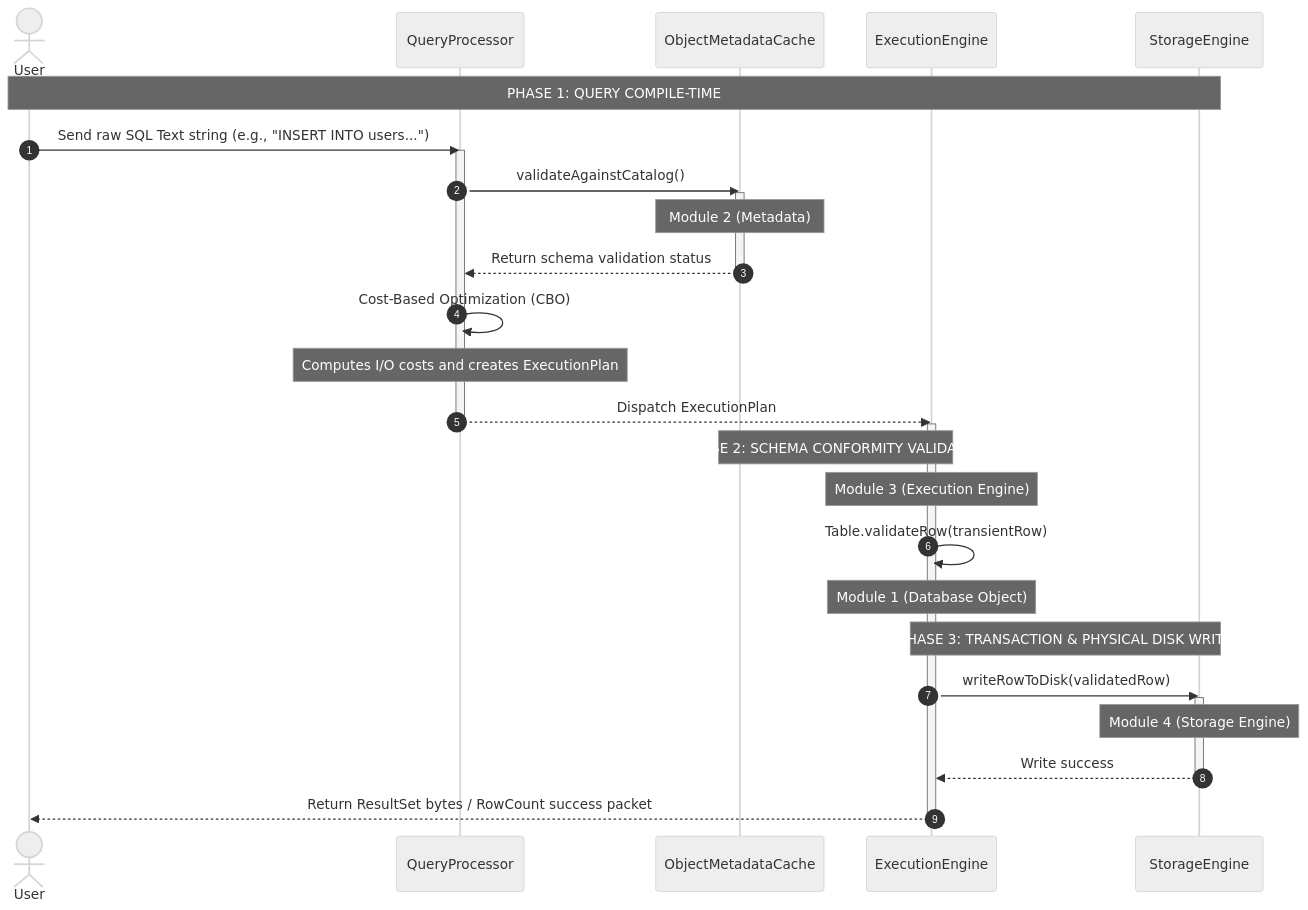
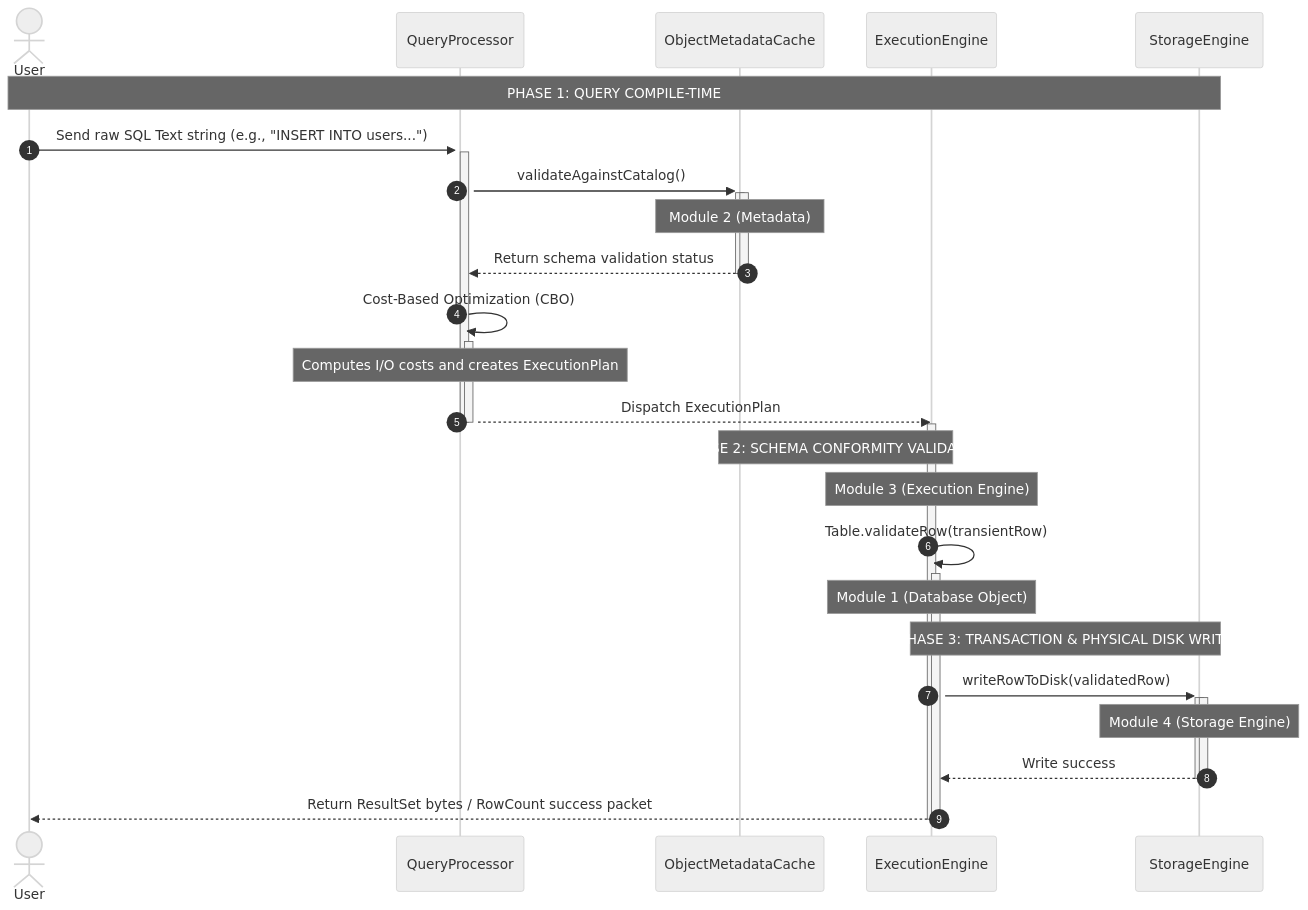
One commit to Dikhang1112/Database_Management_BBV changed the diagram in docs/sequece_diagram/Overview.md. Above: the diagram before and after it, drawn with Mermaid (neutral theme). The commit also changed 12 other files, not shown here.

Commit message:
Refactor sequece diagram

````diff
--- a/docs/sequece_diagram/Overview.md
+++ b/docs/sequece_diagram/Overview.md
@@ -1,56 +1,56 @@
 ```mermaid
 sequenceDiagram
     autonumber
     
     %% --- FIXED ARCHITECTURAL OBJECTS (TOP ROW ONLY) ---
     actor User as User
     participant QP as QueryProcessor
     participant MC as ObjectMetadataCache
     participant EE as ExecutionEngine
     participant SE as StorageEngine
 
     %% ========================================================
     %% PHASE 1: COMPILATION & OPTIMIZATION (QUERY PROCESSOR)
     %% ========================================================
     Note over User, SE: PHASE 1: QUERY COMPILE-TIME 
-    User->>QP: Send raw SQL Text string (e.g., "INSERT INTO users...")
+    User->>+QP: Send raw SQL Text string (e.g., "INSERT INTO users...")
     activate QP
     
-    QP->>MC: validateAgainstCatalog()
+    QP->>+MC: validateAgainstCatalog()
     activate MC
     Note over MC: Module 2 (Metadata)
-    MC-->>QP: Return schema validation status
+    MC-->>-QP: Return schema validation status
     deactivate MC
 
-    QP->>QP: Cost-Based Optimization (CBO)
+    QP->>+QP: Cost-Based Optimization (CBO)
     Note over QP: Computes I/O costs and creates ExecutionPlan
     
-    QP-->>EE: Dispatch ExecutionPlan
+    QP-->>-EE: Dispatch ExecutionPlan
     deactivate QP
     activate EE
 
     %% ========================================================
     %% PHASE 2: RUNTIME VALIDATION (DATABASE OBJECTS)
     %% ========================================================
     Note over EE, MC: PHASE 2: SCHEMA CONFORMITY VALIDATION 
     Note over EE: Module 3 (Execution Engine)
     
-    EE->>EE: Table.validateRow(transientRow)
+    EE->>+EE: Table.validateRow(transientRow)
     Note over EE: Module 1 (Database Object)
 
     %% ========================================================
     %% PHASE 3: PHYSICAL STORAGE I/O (STORAGE ENGINE)
     %% ========================================================
     Note over EE, SE: PHASE 3: TRANSACTION & PHYSICAL DISK WRITE 
-    EE->>SE: writeRowToDisk(validatedRow)
+    EE->>+SE: writeRowToDisk(validatedRow)
     activate SE
     
     Note over SE: Module 4 (Storage Engine)
     
-    SE-->>EE: Write success
+    SE-->>-EE: Write success
     deactivate SE
 
-    EE-->>User: Return ResultSet bytes / RowCount success packet
+    EE-->>-User: Return ResultSet bytes / RowCount success packet
     deactivate EE
 
 ```
````
